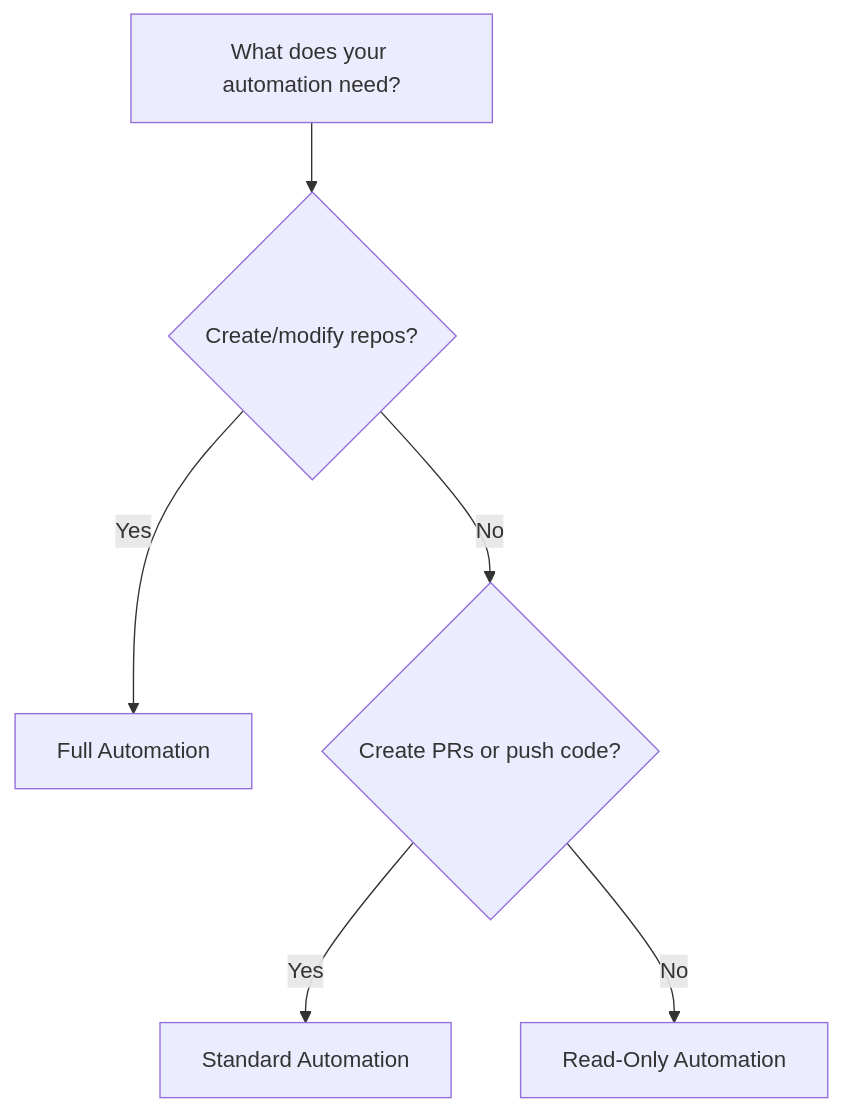
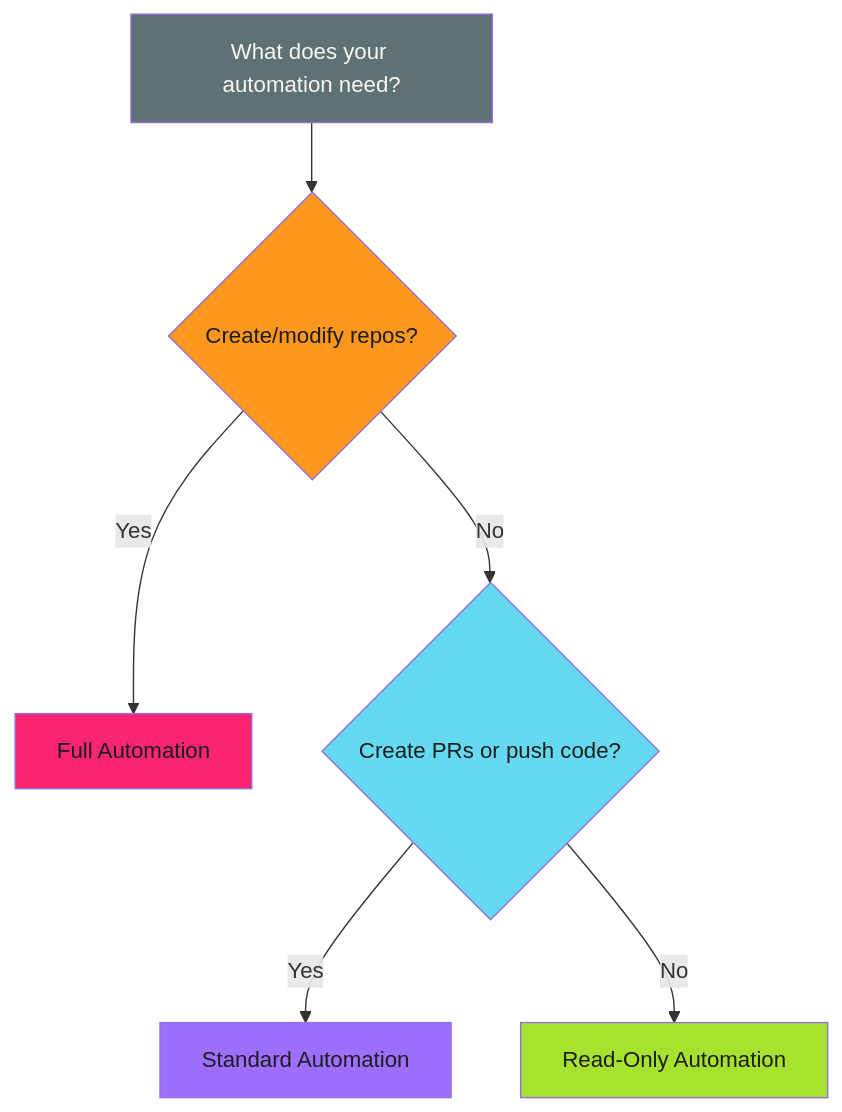
One commit to adaptive-enforcement-lab/adaptive-enforcement-lab-com changed the diagram in docs/operator-manual/github-actions/github-app-setup/permission-patterns.md. Above: the diagram before and after it, drawn with Mermaid.

Commit message:
Apply Ghostty Hardcore theme to permission flowchart
Style decision flowchart nodes with terminal-inspired colors:
- Start: Dark gray (#5e7175)
- Decisions: Orange (#fd971e), Cyan (#65d9ef)
- Full Automation: Red (#f92572)
- Standard: Purple (#9e6ffe)
- Read-Only: Green (#a7e22e)

````diff
--- a/docs/operator-manual/github-actions/github-app-setup/permission-patterns.md
+++ b/docs/operator-manual/github-actions/github-app-setup/permission-patterns.md
@@ -73,8 +73,16 @@
 ```mermaid
 flowchart TD
     A[What does your automation need?] --> B{Create/modify repos?}
     B -->|Yes| C[Full Automation]
     B -->|No| D{Create PRs or push code?}
     D -->|Yes| E[Standard Automation]
     D -->|No| F[Read-Only Automation]
+
+    %% Ghostty Hardcore Theme
+    style A fill:#5e7175,color:#f8f8f3
+    style B fill:#fd971e,color:#1b1d1e
+    style C fill:#f92572,color:#1b1d1e
+    style D fill:#65d9ef,color:#1b1d1e
+    style E fill:#9e6ffe,color:#1b1d1e
+    style F fill:#a7e22e,color:#1b1d1e
 ```
````
